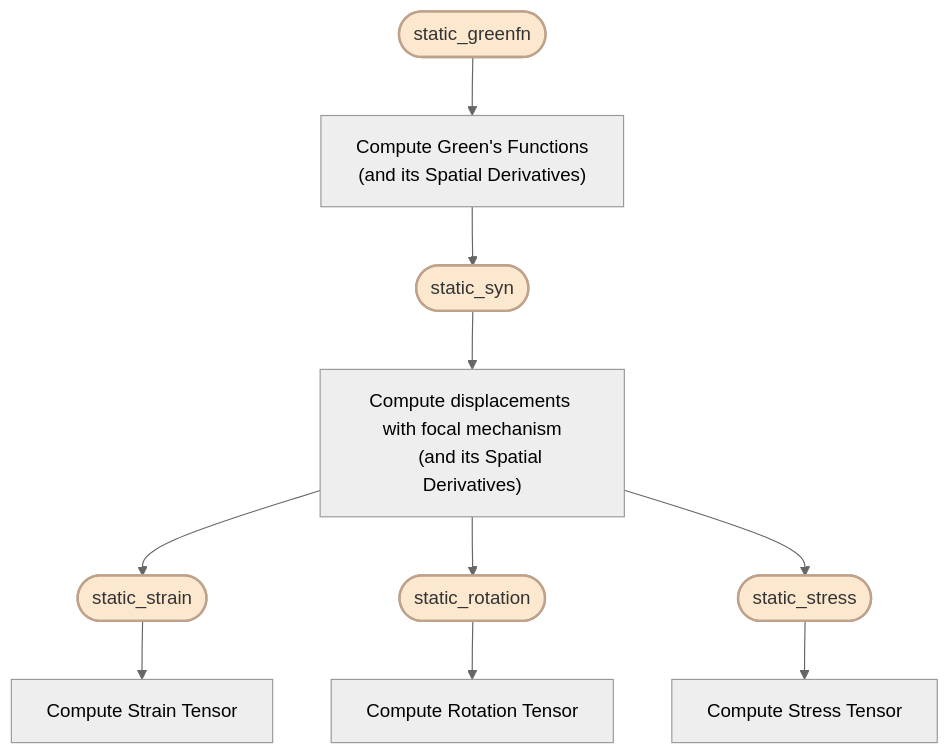
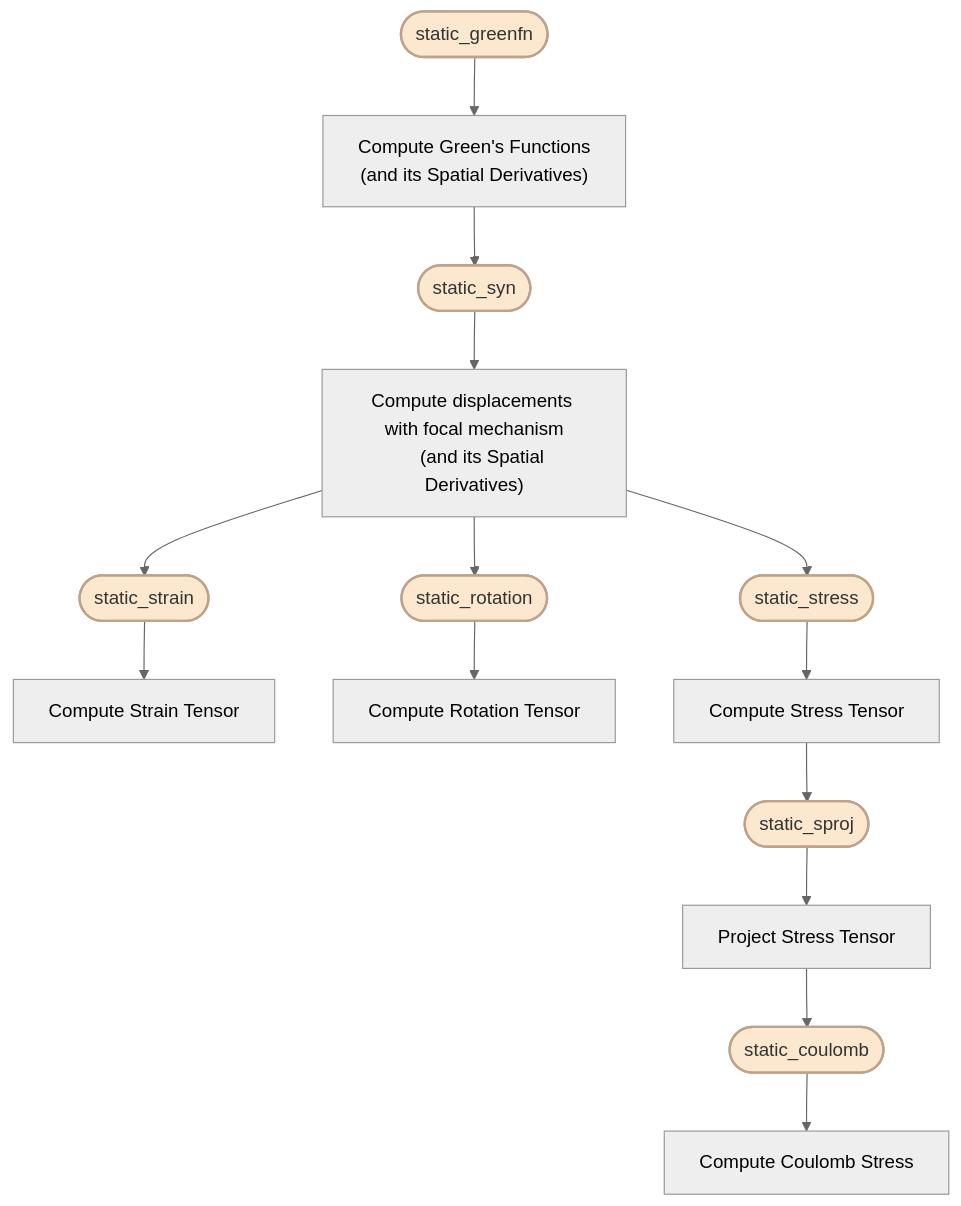
The second of 2 diagrams in docs/source/Tutorial/static/index.rst (Dengda98/PyGRT), drawn with Mermaid (neutral theme) before and after one commit. The commit also changed other lines of this file and 20 other files, not shown here.

Commit message:
FEAT: add static stress projection and Coulomb workflows (#310)

```diff
--- a/docs/source/Tutorial/static/index.rst
+++ b/docs/source/Tutorial/static/index.rst
@@ -40,26 +46,32 @@
 .. mermaid::
 
     flowchart TB 
 
         GG(["static_greenfn"])
         SS(["static_syn"])
         EE(["static_strain"])
         RR(["static_rotation"])
         TT(["static_stress"])
+        SP(["static_sproj"])
+        CO(["static_coulomb"])
 
         G["Compute Green's Functions
         (and its Spatial Derivatives)"]
         S["Compute displacements with focal mechanism
         (and its Spatial Derivatives)"]
         E["Compute Strain Tensor"]
         R["Compute Rotation Tensor"]
         T["Compute Stress Tensor"]
+        P["Project Stress Tensor"]
+        C["Compute Coulomb Stress"]
 
         GG --> G
         G --> SS --> S
         S --> EE --> E
         S --> RR --> R
         S --> TT --> T
+        T --> SP --> P
+        P --> CO --> C
         
         classDef cmdcls fill:#FBE8CE,stroke:#BFA28C,stroke-width:2px,color:#333;
-        class GG,SS,EE,RR,TT cmdcls
+        class GG,SS,EE,RR,TT,SP,CO cmdcls
```
